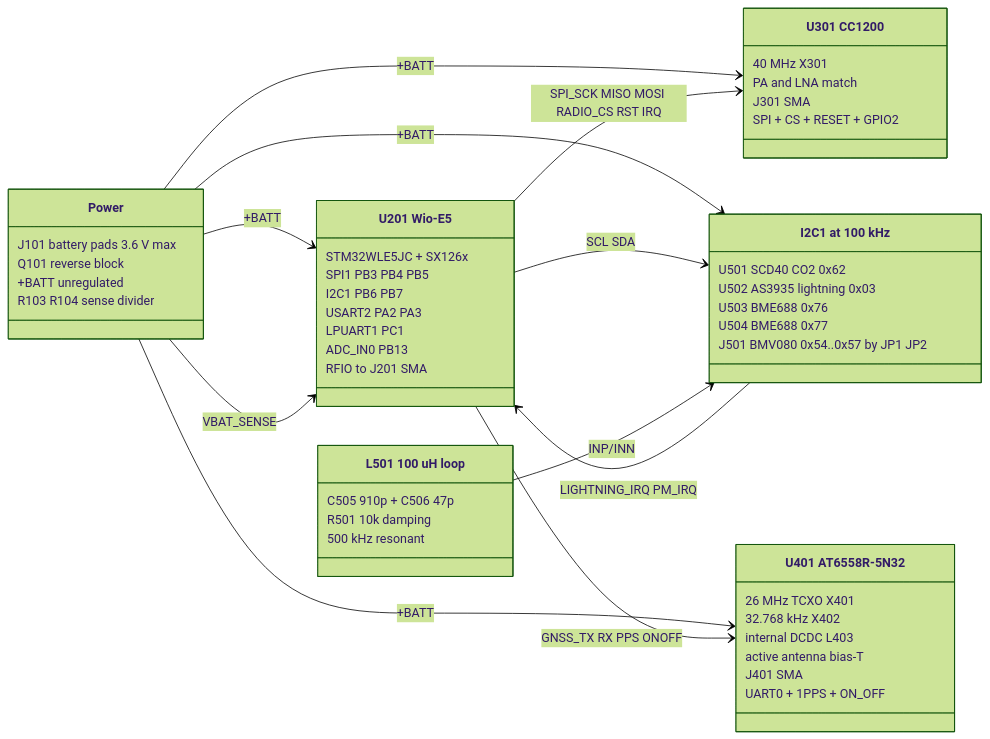
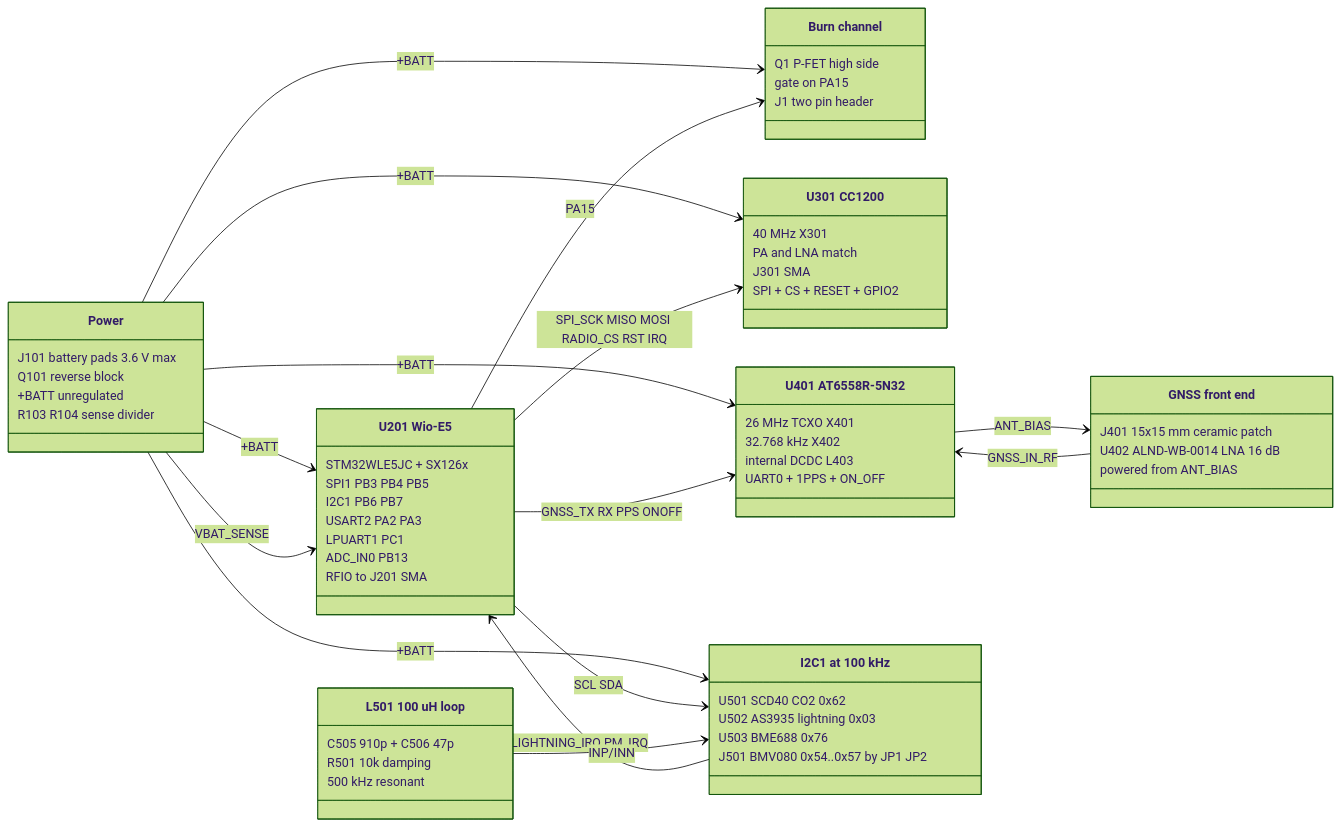
One commit to tmpk13/cc1200-balloon changed the diagram in README.md. Above: the diagram before and after it, drawn with Mermaid (forest theme). The commit also changed other lines of this file and 4 other files, not shown here.

First line of the commit message:
Board review of the patch/LNA front end, the burn channel and the TCXO

````diff
--- a/README.md
+++ b/README.md
@@ -15,57 +16,68 @@
 ```mermaid
 classDiagram
     direction LR
 
     class WioE5["U201 Wio-E5"] {
         STM32WLE5JC + SX126x
         SPI1 PB3 PB4 PB5
         I2C1 PB6 PB7
         USART2 PA2 PA3
         LPUART1 PC1
         ADC_IN0 PB13
         RFIO to J201 SMA
     }
     class Power["Power"] {
         J101 battery pads 3.6 V max
         Q101 reverse block
         +BATT unregulated
         R103 R104 sense divider
     }
+    class Burn["Burn channel"] {
+        Q1 P-FET high side
+        gate on PA15
+        J1 two pin header
+    }
     class Radio["U301 CC1200"] {
         40 MHz X301
         PA and LNA match
         J301 SMA
         SPI + CS + RESET + GPIO2
     }
     class GNSS["U401 AT6558R-5N32"] {
         26 MHz TCXO X401
         32.768 kHz X402
         internal DCDC L403
-        active antenna bias-T
-        J401 SMA
         UART0 + 1PPS + ON_OFF
+    }
+    class Front["GNSS front end"] {
+        J401 15x15 mm ceramic patch
+        U402 ALND-WB-0014 LNA 16 dB
+        powered from ANT_BIAS
     }
     class I2CBus["I2C1 at 100 kHz"] {
         U501 SCD40 CO2 0x62
         U502 AS3935 lightning 0x03
         U503 BME688 0x76
-        U504 BME688 0x77
         J501 BMV080 0x54..0x57 by JP1 JP2
     }
     class Antenna["L501 100 uH loop"] {
         C505 910p + C506 47p
         R501 10k damping
         500 kHz resonant
     }
 
     Power --> WioE5 : +BATT
     Power --> Radio : +BATT
     Power --> GNSS : +BATT
     Power --> I2CBus : +BATT
+    Power --> Burn : +BATT
     Power --> WioE5 : VBAT_SENSE
+    WioE5 --> Burn : PA15
     WioE5 --> Radio : SPI_SCK MISO MOSI RADIO_CS RST IRQ
     WioE5 --> I2CBus : SCL SDA
     WioE5 --> GNSS : GNSS_TX RX PPS ONOFF
+    Front --> GNSS : GNSS_IN_RF
+    GNSS --> Front : ANT_BIAS
     I2CBus --> WioE5 : LIGHTNING_IRQ PM_IRQ
     Antenna --> I2CBus : INP/INN
 ```
````
